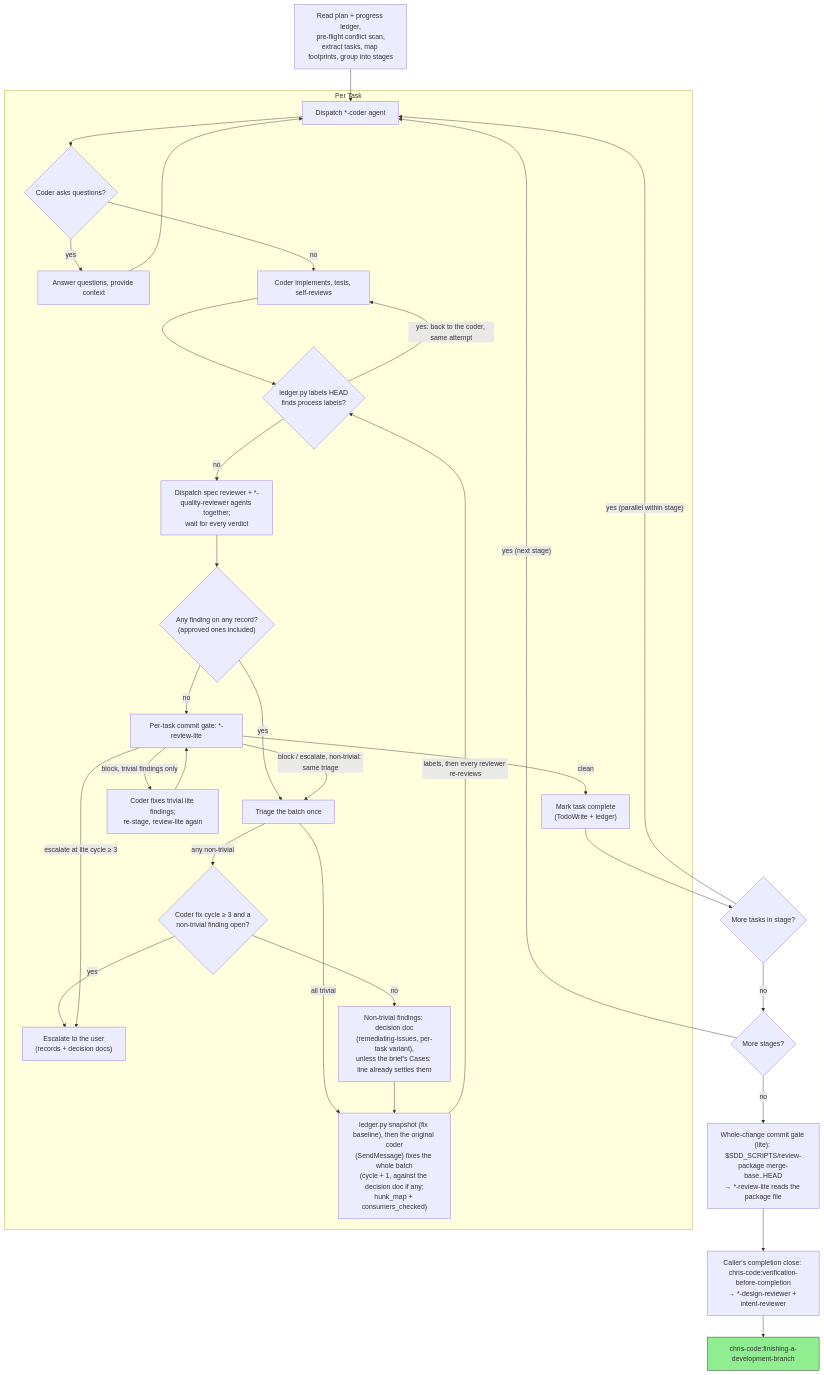
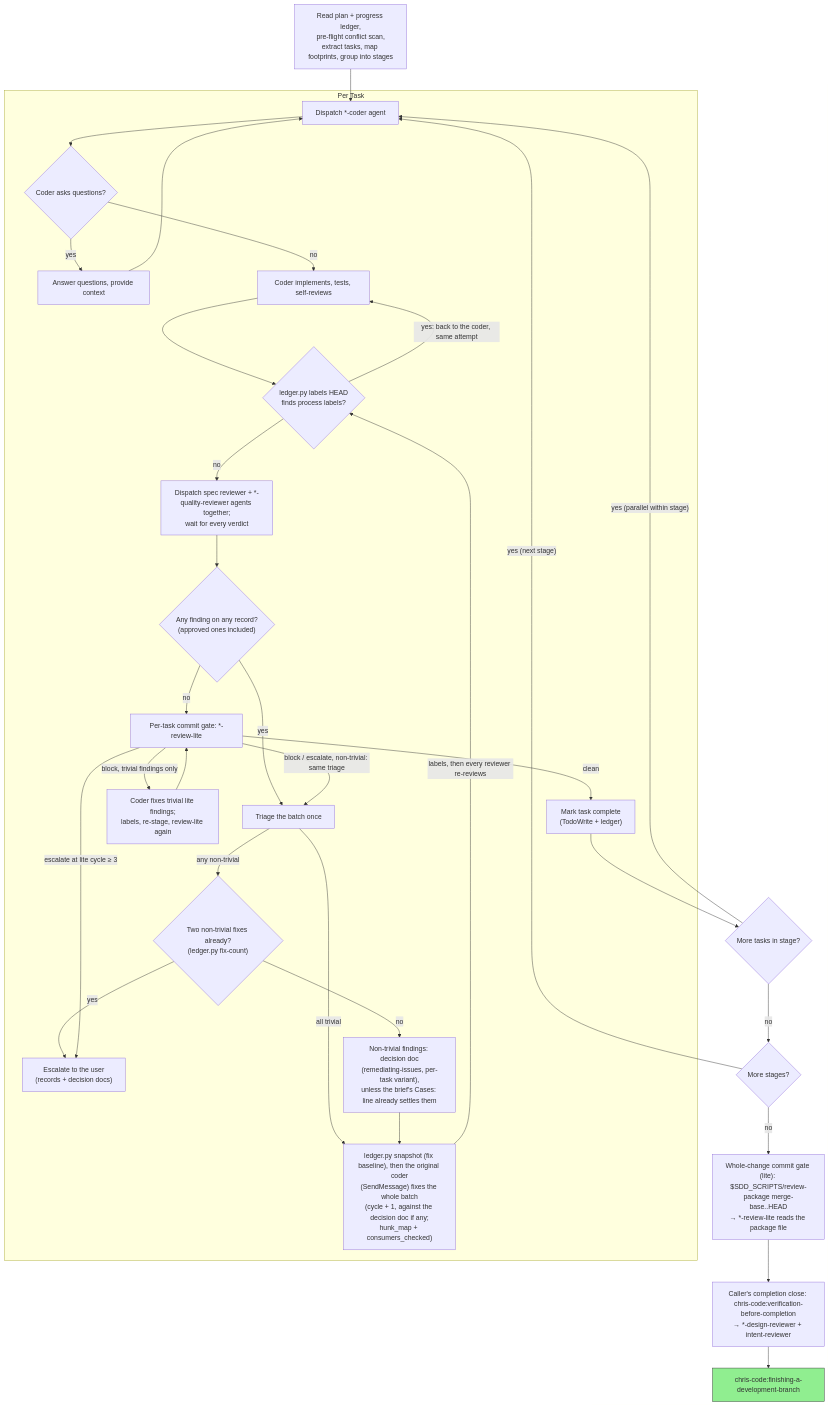
The diagram in chris-code/skills/subagent-driven-development/SKILL.md (chris-santiago/claude-plugins), drawn with Mermaid before and after one commit. The commit also changed other lines of this file and 16 other files, not shown here.

First line of the commit message:
Count non-trivial fixes for escalation; tighten the labels gate and scanner

````diff
--- a/chris-code/skills/subagent-driven-development/SKILL.md
+++ b/chris-code/skills/subagent-driven-development/SKILL.md
@@ -28,59 +28,59 @@
 ```mermaid
 flowchart TB
     subgraph Per Task
         coder["Dispatch *-coder agent"]
         questions{"Coder asks questions?"}
         answer["Answer questions, provide context"]
         implement["Coder implements, tests, self-reviews"]
         labels{"ledger.py labels HEAD<br/>finds process labels?"}
         reviews["Dispatch spec reviewer + *-quality-reviewer agents together;<br/>wait for every verdict"]
         reviews_ok{"Any finding on any record?<br/>(approved ones included)"}
         triage["Triage the batch once"]
-        cap{"Coder fix cycle ≥ 3 and a<br/>non-trivial finding open?"}
+        cap{"Two non-trivial fixes already?<br/>(ledger.py fix-count)"}
         escalate["Escalate to the user<br/>(records + decision docs)"]
         decision["Non-trivial findings: decision doc<br/>(remediating-issues, per-task variant),<br/>unless the brief's Cases: line already settles them"]
         fix["ledger.py snapshot (fix baseline), then the original coder<br/>(SendMessage) fixes the whole batch<br/>(cycle + 1, against the decision doc if any;<br/>hunk_map + consumers_checked)"]
-        lite_fix["Coder fixes trivial lite findings;<br/>re-stage, review-lite again"]
+        lite_fix["Coder fixes trivial lite findings;<br/>labels, re-stage, review-lite again"]
         commit_gate["Per-task commit gate: *-review-lite"]
         done["Mark task complete<br/>(TodoWrite + ledger)"]
     end
 
     read["Read plan + progress ledger,<br/>pre-flight conflict scan,<br/>extract tasks, map footprints, group into stages"]
     more_tasks{"More tasks in stage?"}
     more_stages{"More stages?"}
     final_gate["Whole-change commit gate (lite): $SDD_SCRIPTS/review-package merge-base..HEAD<br/>→ *-review-lite reads the package file"]
     verification["Caller's completion close: chris-code:verification-before-completion<br/>→ *-design-reviewer + intent-reviewer"]
     finish["chris-code:finishing-a-development-branch"]:::finish
 
     read --> coder
     coder --> questions
     questions -->|yes| answer
     answer --> coder
     questions -->|no| implement
     implement --> labels
     labels -->|"yes: back to the coder, same attempt"| implement
     labels -->|no| reviews
     reviews --> reviews_ok
     reviews_ok -->|yes| triage
     triage -->|all trivial| fix
     triage -->|any non-trivial| cap
     cap -->|yes| escalate
     cap -->|no| decision
     decision --> fix
     fix -->|"labels, then every reviewer re-reviews"| labels
     reviews_ok -->|no| commit_gate
     commit_gate -->|"block, trivial findings only"| lite_fix
     lite_fix --> commit_gate
     commit_gate -->|"block / escalate, non-trivial: same triage"| triage
     commit_gate -->|"escalate at lite cycle ≥ 3"| escalate
     commit_gate -->|clean| done
     done --> more_tasks
     more_tasks -->|"yes (parallel within stage)"| coder
     more_tasks -->|no| more_stages
     more_stages -->|"yes (next stage)"| coder
     more_stages -->|no| final_gate
     final_gate --> verification
     verification --> finish
 
     classDef finish fill:#90EE90,stroke:#333
 ```
````
